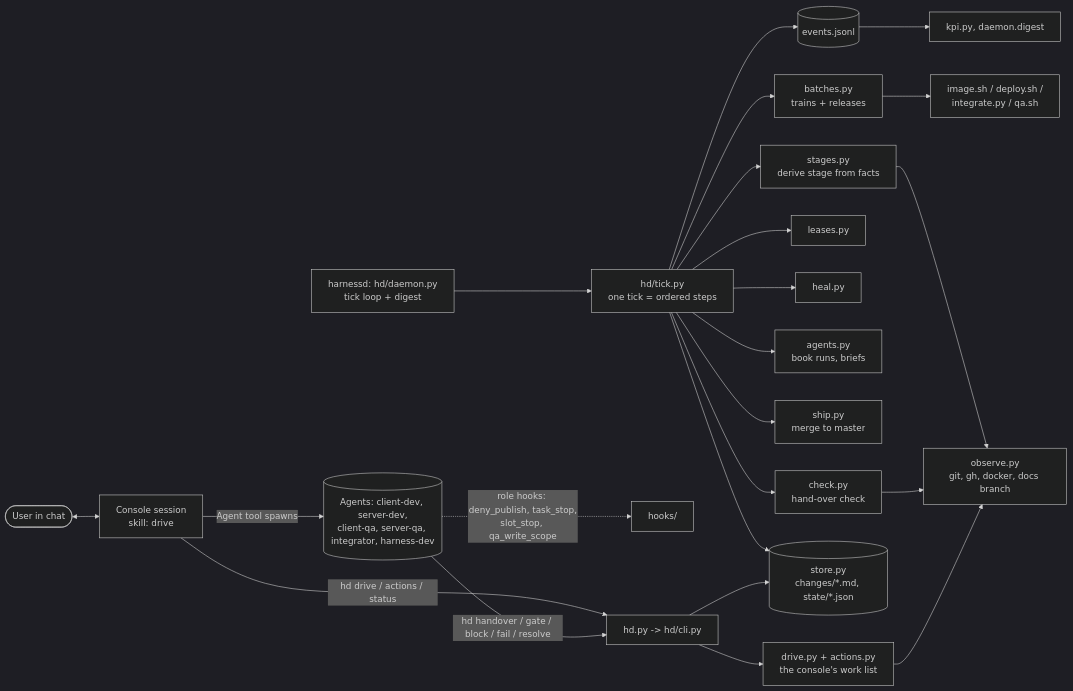
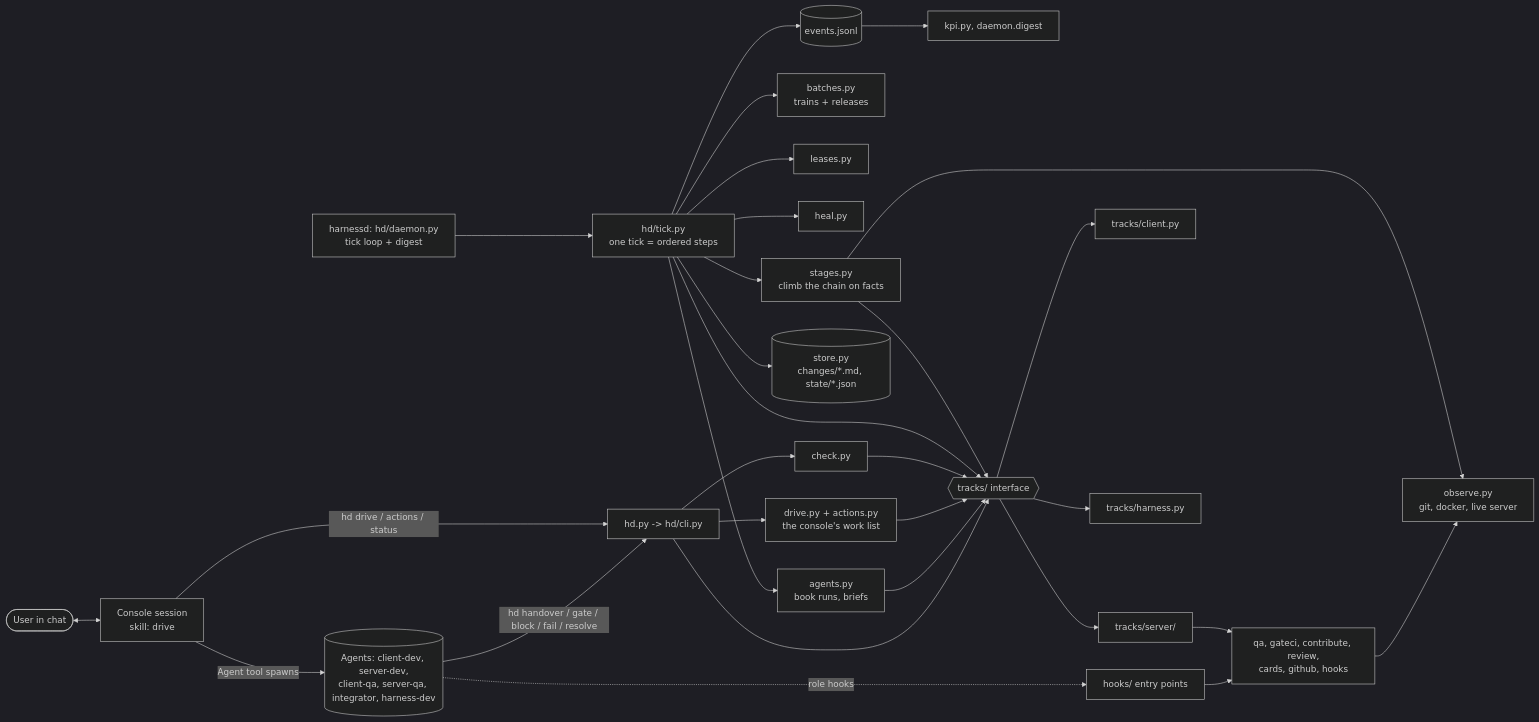
The first of 7 diagrams in docs/ARCHITECTURE.md (AlexPerrin/osrs-harness), drawn with Mermaid (dark theme) before and after one commit. The commit also changed other lines of this file and 58 other files, not shown here.

First line of the commit message:
Server lifecycle redesign: dev -> QA aggregate -> approval card -> hd contribute; the server track behind a track interface

````diff
--- a/docs/ARCHITECTURE.md
+++ b/docs/ARCHITECTURE.md
@@ -15,25 +19,21 @@
 ```mermaid
 flowchart LR
   user([User in chat]) <--> console[Console session<br/>skill: drive]
   console -- "hd drive / actions / status" --> cli[hd.py -> hd/cli.py]
   console -- "Agent tool spawns" --> agents[(Agents: client-dev, server-dev,<br/>client-qa, server-qa, integrator, harness-dev)]
   agents -- "hd handover / gate / block / fail / resolve" --> cli
-  agents -. "role hooks: deny_publish, task_stop,<br/>slot_stop, qa_write_scope" .-> hooks[hooks/]
+  agents -. "role hooks" .-> hooks[hooks/ entry points]
   daemon[harnessd: hd/daemon.py<br/>tick loop + digest] --> tick[hd/tick.py<br/>one tick = ordered steps]
-  tick --> stages[stages.py<br/>derive stage from facts]
-  tick --> check[check.py<br/>hand-over check]
+  tick --> stages[stages.py<br/>climb the chain on facts]
   tick --> batches[batches.py<br/>trains + releases]
-  tick --> leases[leases.py]
-  tick --> heal[heal.py]
-  tick --> agentsmod[agents.py<br/>book runs, briefs]
-  tick --> ship[ship.py<br/>merge to master]
-  stages --> observe[observe.py<br/>git, gh, docker, docs branch]
-  check --> observe
-  batches --> scripts[image.sh / deploy.sh /<br/>integrate.py / qa.sh]
-  cli --> drive[drive.py + actions.py<br/>the console's work list]
-  drive --> observe
+  tick --> leases[leases.py] & heal[heal.py] & agentsmod[agents.py<br/>book runs, briefs]
   tick --> store[(store.py<br/>changes/*.md, state/*.json)]
-  cli --> store
-  tick --> events[(events.jsonl)]
-  events --> kpi[kpi.py, daemon.digest]
+  tick --> events[(events.jsonl)] --> kpi[kpi.py, daemon.digest]
+  cli --> check[check.py] & drive[drive.py + actions.py<br/>the console's work list]
+  stages & tick & check & drive & agentsmod & cli --> iface{{tracks/ interface}}
+  iface --> client[tracks/client.py] & harness[tracks/harness.py] & server[tracks/server/]
+  server --> srv[qa, gateci, contribute, review,<br/>cards, github, hooks]
+  hooks --> srv
+  stages --> observe[observe.py<br/>git, docker, live server]
+  srv --> observe
 ```
````
